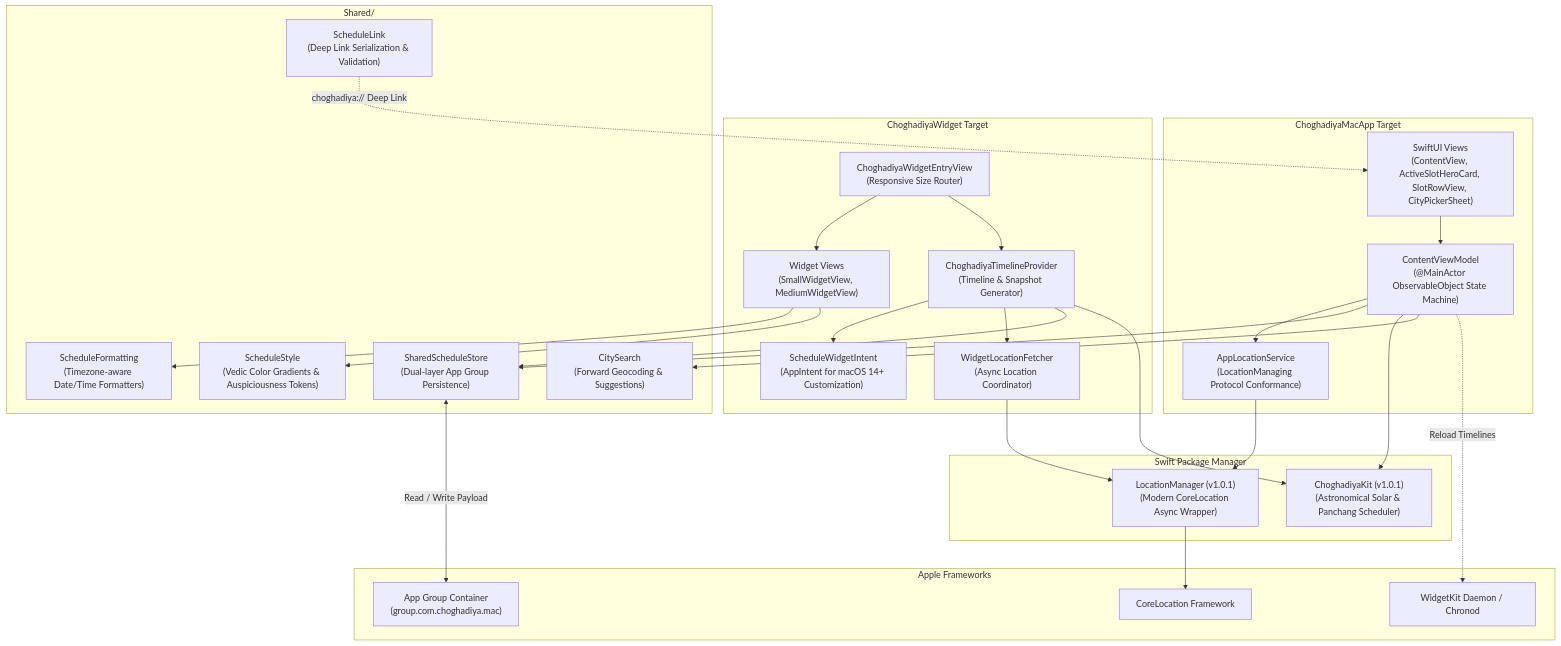
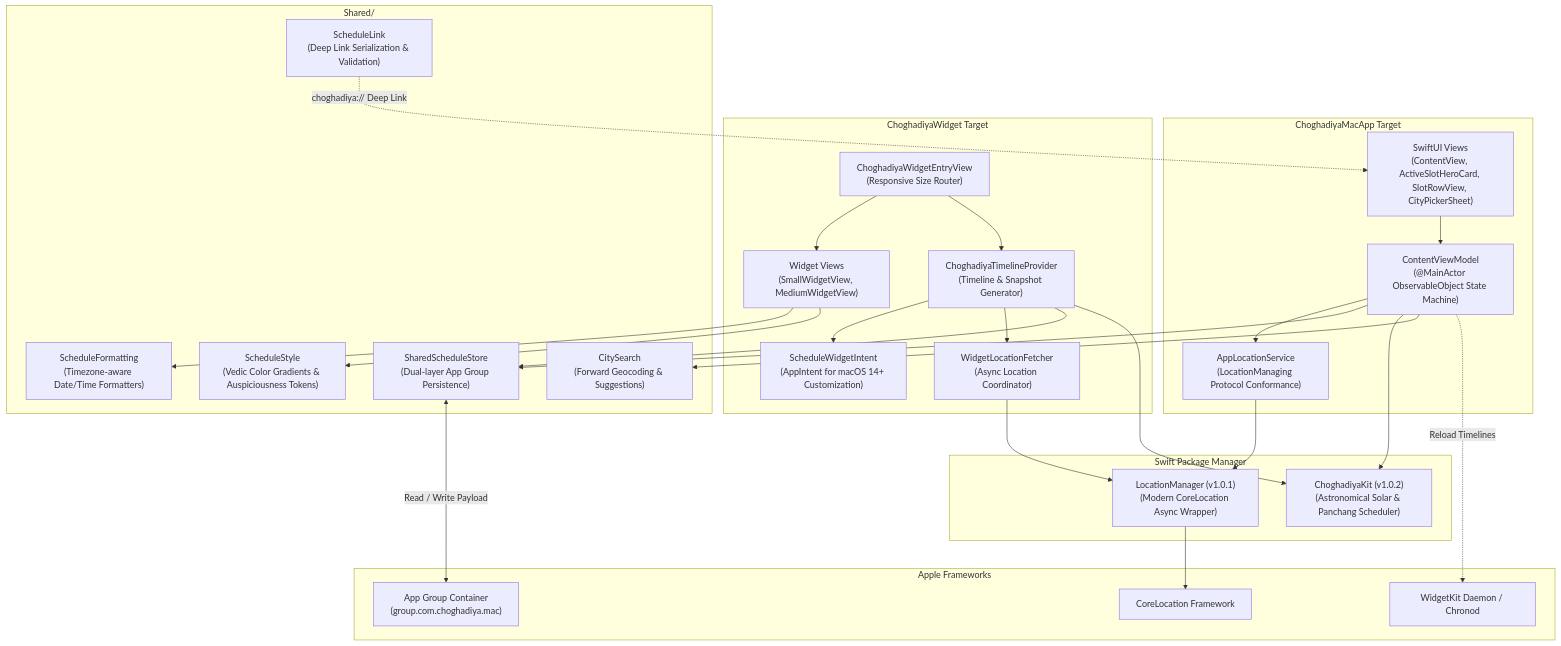
The first of 2 diagrams in ARCHITECTURE.md (bhargavkukadiya/ChoghadiyaMac), drawn with Mermaid before and after one commit. The commit also changed other lines of this file and 15 other files, not shown here.

````diff
--- a/ARCHITECTURE.md
+++ b/ARCHITECTURE.md
@@ -37,60 +37,60 @@
 ```mermaid
 graph TB
     subgraph Host Application [ChoghadiyaMacApp Target]
         AppUI["SwiftUI Views<br/>(ContentView, ActiveSlotHeroCard, SlotRowView, CityPickerSheet)"]
         CVM["ContentViewModel<br/>(@MainActor ObservableObject State Machine)"]
         ALS["AppLocationService<br/>(LocationManaging Protocol Conformance)"]
     end
 
     subgraph Widget Extension [ChoghadiyaWidget Target]
         WEntry["ChoghadiyaWidgetEntryView<br/>(Responsive Size Router)"]
         WViews["Widget Views<br/>(SmallWidgetView, MediumWidgetView)"]
         WTP["ChoghadiyaTimelineProvider<br/>(Timeline & Snapshot Generator)"]
         WIntent["ScheduleWidgetIntent<br/>(AppIntent for macOS 14+ Customization)"]
         WLF["WidgetLocationFetcher<br/>(Async Location Coordinator)"]
     end
 
     subgraph Shared Core Layer [Shared/]
         SSS["SharedScheduleStore<br/>(Dual-layer App Group Persistence)"]
         CitySearch["CitySearch<br/>(Forward Geocoding & Suggestions)"]
         Formatting["ScheduleFormatting<br/>(Timezone-aware Date/Time Formatters)"]
         Links["ScheduleLink<br/>(Deep Link Serialization & Validation)"]
         Style["ScheduleStyle<br/>(Vedic Color Gradients & Auspiciousness Tokens)"]
     end
 
     subgraph External Dependencies [Swift Package Manager]
-        CK["ChoghadiyaKit (v1.0.1)<br/>(Astronomical Solar & Panchang Scheduler)"]
+        CK["ChoghadiyaKit (v1.0.2)<br/>(Astronomical Solar & Panchang Scheduler)"]
         LM["LocationManager (v1.0.1)<br/>(Modern CoreLocation Async Wrapper)"]
     end
 
     subgraph macOS Subsystems [Apple Frameworks]
         CoreLoc["CoreLocation Framework"]
         WidgetDaemon["WidgetKit Daemon / Chronod"]
         AppGroupFS["App Group Container<br/>(group.com.choghadiya.mac)"]
     end
 
     %% Host App Relationships
     AppUI --> CVM
     CVM --> ALS
     CVM --> SSS
     CVM --> CK
     CVM --> CitySearch
     ALS --> LM
     LM --> CoreLoc
 
     %% Widget Relationships
     WEntry --> WViews
     WViews --> Formatting
     WViews --> Style
     WEntry --> WTP
     WTP --> WIntent
     WTP --> WLF
     WTP --> SSS
     WTP --> CK
     WLF --> LM
 
     %% IPC & System
     SSS <-->|Read / Write Payload| AppGroupFS
     Links -.->|choghadiya:// Deep Link| AppUI
     CVM -.->|Reload Timelines| WidgetDaemon
 ```
````
